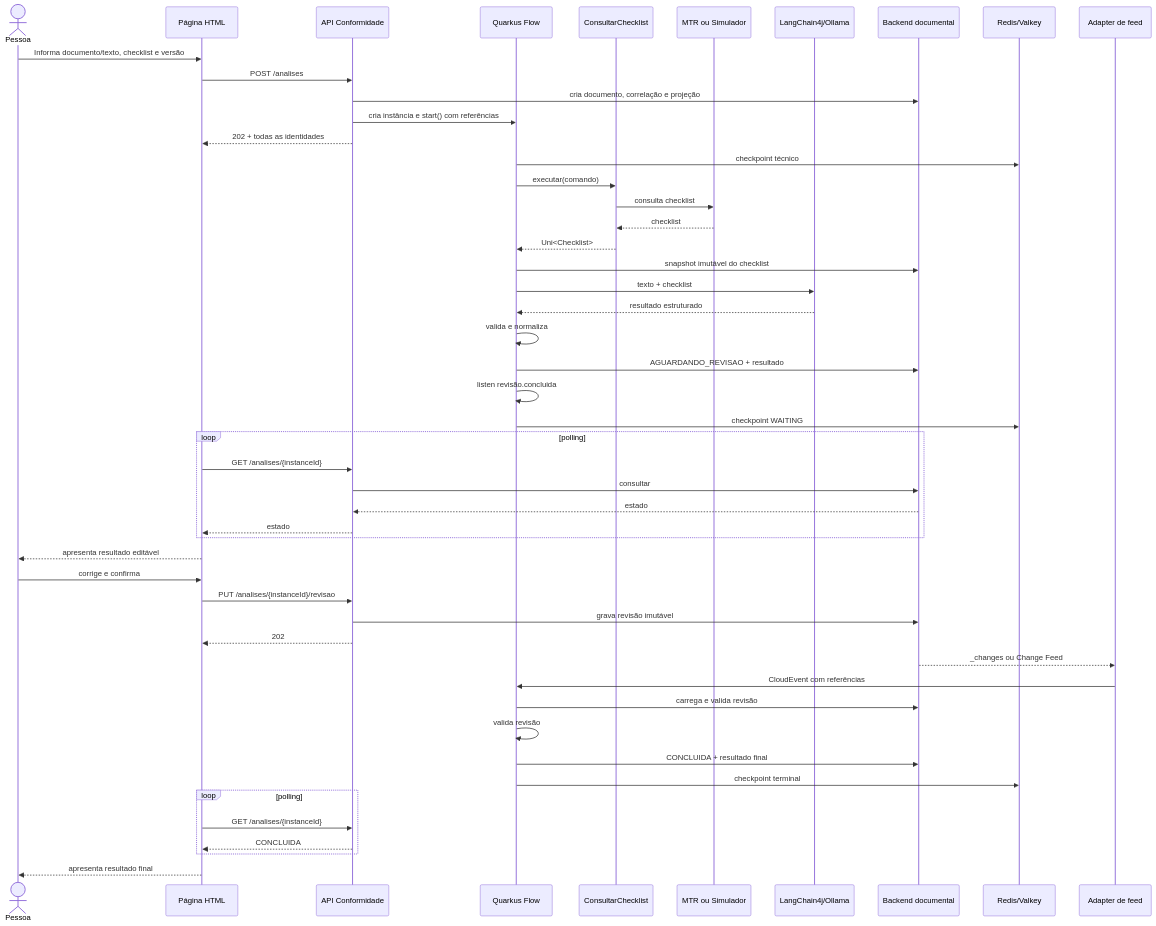
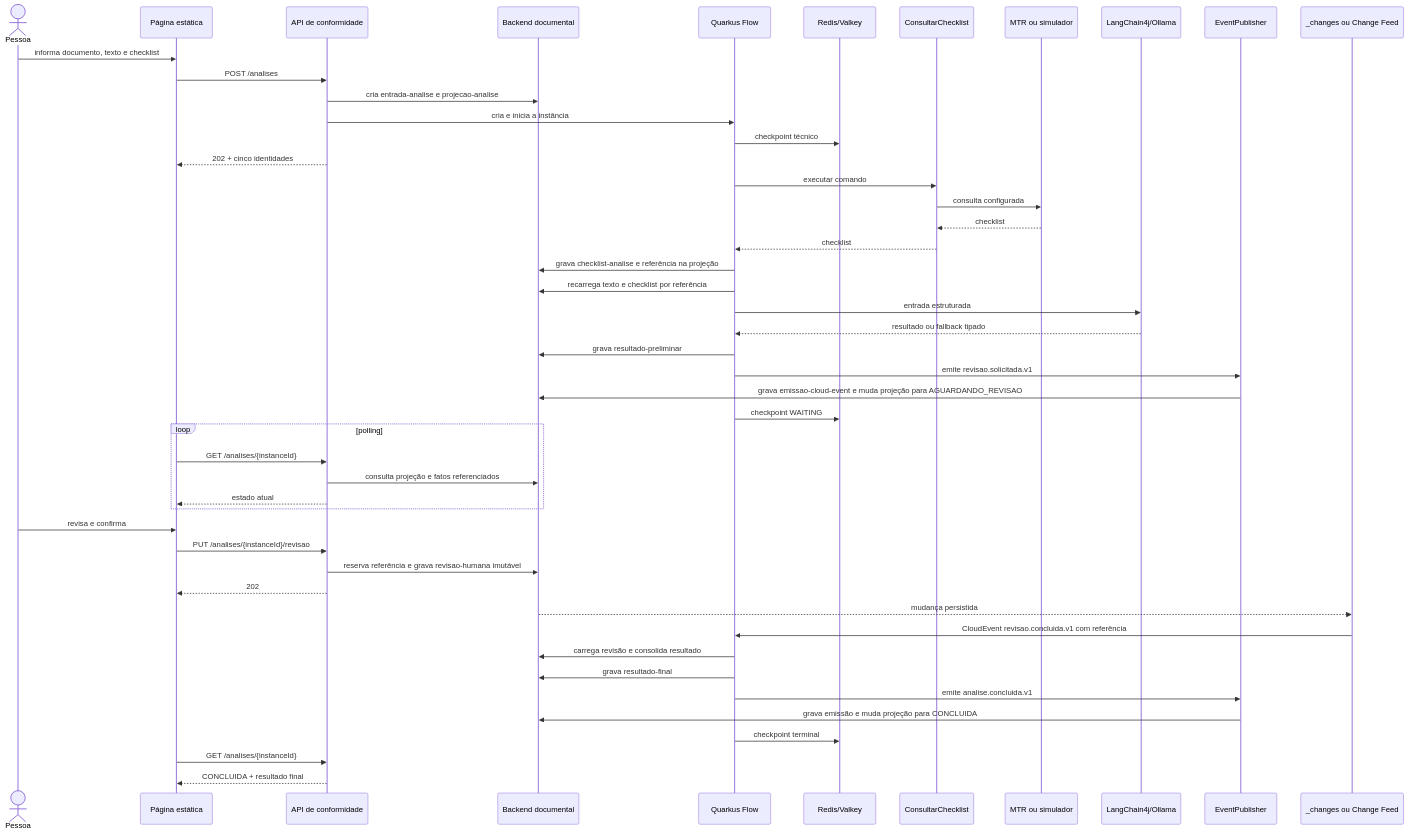
The second of 4 diagrams in doc/poc/especificacao-poc-conformidade-quarkus-flow-ollama-hitl-sem-broker.md (edoardo-bianco/arvore-documento-quarkus-proxy-ft-simulador-otel), drawn with Mermaid before and after one commit. The commit also changed other lines of this file and 2 other files, not shown here.

````diff
--- a/doc/poc/especificacao-poc-conformidade-quarkus-flow-ollama-hitl-sem-broker.md
+++ b/doc/poc/especificacao-poc-conformidade-quarkus-flow-ollama-hitl-sem-broker.md
@@ -1885,61 +235,56 @@
-```mermaid
+~~~mermaid
 sequenceDiagram
     actor Pessoa
-    participant Pagina as Página HTML
-    participant API as API Conformidade
+    participant UI as Página estática
+    participant API as API de conformidade
+    participant Docs as Backend documental
     participant Flow as Quarkus Flow
+    participant Redis as Redis/Valkey
     participant Checklist as ConsultarChecklist
-    participant MTR as MTR ou Simulador
+    participant MTR as MTR ou simulador
     participant Agente as LangChain4j/Ollama
-    participant Store as Backend documental
-    participant Redis as Redis/Valkey
-    participant Changes as Adapter de feed
+    participant Publisher as EventPublisher
+    participant Feed as _changes ou Change Feed
 
-    Pessoa->>Pagina: Informa documento/texto, checklist e versão
-    Pagina->>API: POST /analises
-    API->>Store: cria documento, correlação e projeção
-    API->>Flow: cria instância e start() com referências
-    API-->>Pagina: 202 + todas as identidades
+    Pessoa->>UI: informa documento, texto e checklist
+    UI->>API: POST /analises
+    API->>Docs: cria entrada-analise e projecao-analise
+    API->>Flow: cria e inicia a instância
+    Flow->>Redis: checkpoint técnico
+    API-->>UI: 202 + cinco identidades
 
-    Flow->>Redis: checkpoint técnico
-    Flow->>Checklist: executar(comando)
-    Checklist->>MTR: consulta checklist
+    Flow->>Checklist: executar comando
+    Checklist->>MTR: consulta configurada
     MTR-->>Checklist: checklist
-    Checklist-->>Flow: Uni<Checklist>
-    Flow->>Store: snapshot imutável do checklist
+    Checklist-->>Flow: checklist
+    Flow->>Docs: grava checklist-analise e referência na projeção
 
-    Flow->>Agente: texto + checklist
-    Agente-->>Flow: resultado estruturado
-    Flow->>Flow: valida e normaliza
-
-    Flow->>Store: AGUARDANDO_REVISAO + resultado
-    Flow->>Flow: listen revisão.concluida
+    Flow->>Docs: recarrega texto e checklist por referência
+    Flow->>Agente: entrada estruturada
+    Agente-->>Flow: resultado ou fallback tipado
+    Flow->>Docs: grava resultado-preliminar
+    Flow->>Publisher: emite revisao.solicitada.v1
+    Publisher->>Docs: grava emissao-cloud-event e muda projeção para AGUARDANDO_REVISAO
     Flow->>Redis: checkpoint WAITING
 
     loop polling
-        Pagina->>API: GET /analises/{instanceId}
-        API->>Store: consultar
-        Store-->>API: estado
-        API-->>Pagina: estado
+        UI->>API: GET /analises/{instanceId}
+        API->>Docs: consulta projeção e fatos referenciados
+        API-->>UI: estado atual
     end
 
-    Pagina-->>Pessoa: apresenta resultado editável
-    Pessoa->>Pagina: corrige e confirma
-    Pagina->>API: PUT /analises/{instanceId}/revisao
-    API->>Store: grava revisão imutável
-    API-->>Pagina: 202
-    Store-->>Changes: _changes ou Change Feed
-    Changes->>Flow: CloudEvent com referências
-    Flow->>Store: carrega e valida revisão
-
-    Flow->>Flow: valida revisão
-    Flow->>Store: CONCLUIDA + resultado final
+    Pessoa->>UI: revisa e confirma
+    UI->>API: PUT /analises/{instanceId}/revisao
+    API->>Docs: reserva referência e grava revisao-humana imutável
+    API-->>UI: 202
+    Docs-->>Feed: mudança persistida
+    Feed->>Flow: CloudEvent revisao.concluida.v1 com referência
+    Flow->>Docs: carrega revisão e consolida resultado
+    Flow->>Docs: grava resultado-final
+    Flow->>Publisher: emite analise.concluida.v1
+    Publisher->>Docs: grava emissão e muda projeção para CONCLUIDA
     Flow->>Redis: checkpoint terminal
 
-    loop polling
-        Pagina->>API: GET /analises/{instanceId}
-        API-->>Pagina: CONCLUIDA
-    end
-
-    Pagina-->>Pessoa: apresenta resultado final
-```
+    UI->>API: GET /analises/{instanceId}
+    API-->>UI: CONCLUIDA + resultado final
+~~~
````
